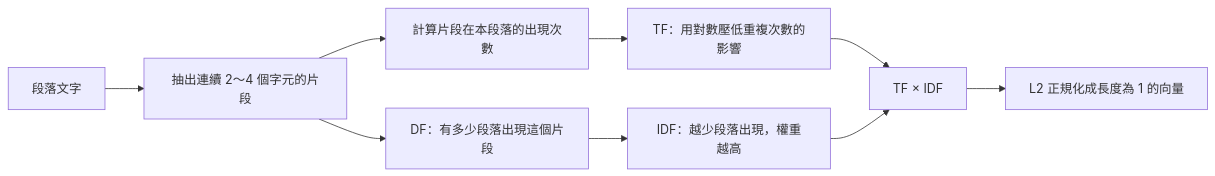
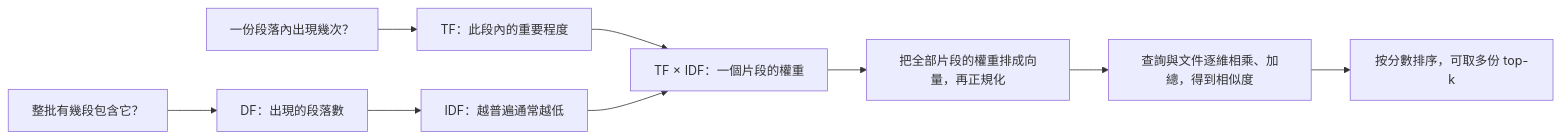
The third of 6 diagrams in 2026/1012-TF-IDF/README.md (OohelloworldoO/Paper-Reading-Notes), drawn with Mermaid before and after one commit. The commit also changed other lines of this file and 1 other file, not shown here.

````diff
--- a/2026/1012-TF-IDF/README.md
+++ b/2026/1012-TF-IDF/README.md
@@ -72,11 +115,12 @@
 ```mermaid
 flowchart LR
-    A["段落文字"] --> B["抽出連續 2～4 個字元的片段"]
-    B --> C["計算片段在本段落的出現次數"]
-    C --> D["TF：用對數壓低重複次數的影響"]
-    B --> E["DF：有多少段落出現這個片段"]
-    E --> F["IDF：越少段落出現，權重越高"]
-    D --> G["TF × IDF"]
-    F --> G
-    G --> H["L2 正規化成長度為 1 的向量"]
+    A["一份段落內出現幾次？"] --> TF["TF：此段內的重要程度"]
+    B["整批有幾段包含它？"] --> DF["DF：出現的段落數"]
+    DF --> IDF["IDF：越普遍通常越低"]
+    TF --> W["TF × IDF：一個片段的權重"]
+    IDF --> W
+    W --> V["把全部片段的權重排成向量，再正規化"]
+    V --> S["查詢與文件逐維相乘、加總，得到相似度"]
+    S --> R["按分數排序，可取多份 top-k"]
+
 ```
````
